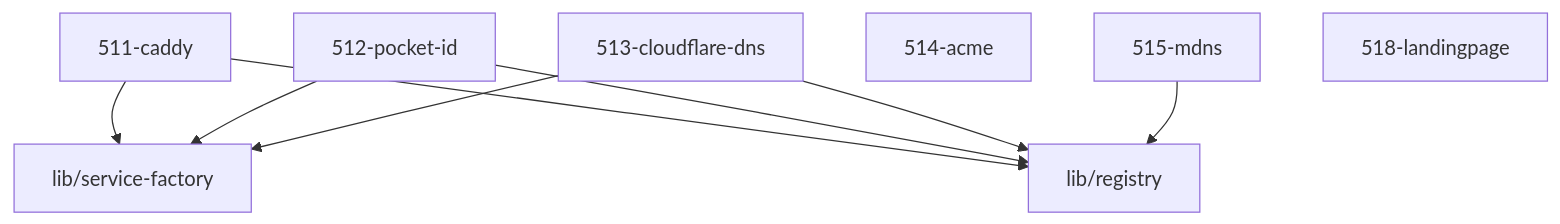
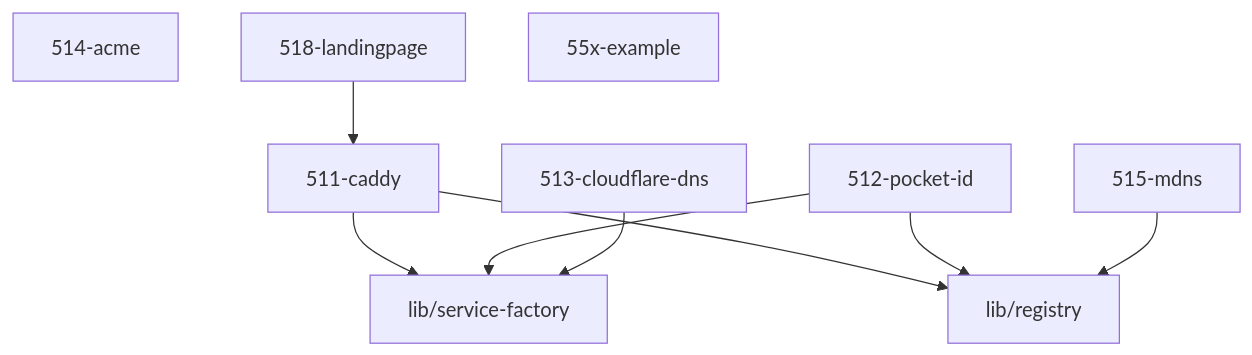
The diagram in 51-ingress/AGENTS.md (grapefruit89/mediNix-core), drawn with Mermaid before and after one commit. The commit also changed other lines of this file and 59 other files, not shown here.

````diff
--- a/51-ingress/AGENTS.md
+++ b/51-ingress/AGENTS.md
@@ -28,12 +30,12 @@
 ```mermaid
 graph TD
   511_caddy["511-caddy"] --> service_factory["lib/service-factory"]
   511_caddy["511-caddy"] --> registry["lib/registry"]
   512_pocket_id["512-pocket-id"] --> service_factory["lib/service-factory"]
   512_pocket_id["512-pocket-id"] --> registry["lib/registry"]
   513_cloudflare_dns["513-cloudflare-dns"] --> service_factory["lib/service-factory"]
-  513_cloudflare_dns["513-cloudflare-dns"] --> registry["lib/registry"]
   514_acme["514-acme"]
   515_mdns["515-mdns"] --> registry["lib/registry"]
-  518_landingpage["518-landingpage"]
+  518_landingpage["518-landingpage"] --> 511_caddy["511-caddy"]
+  55x_example["55x-example"]
 ```
````
